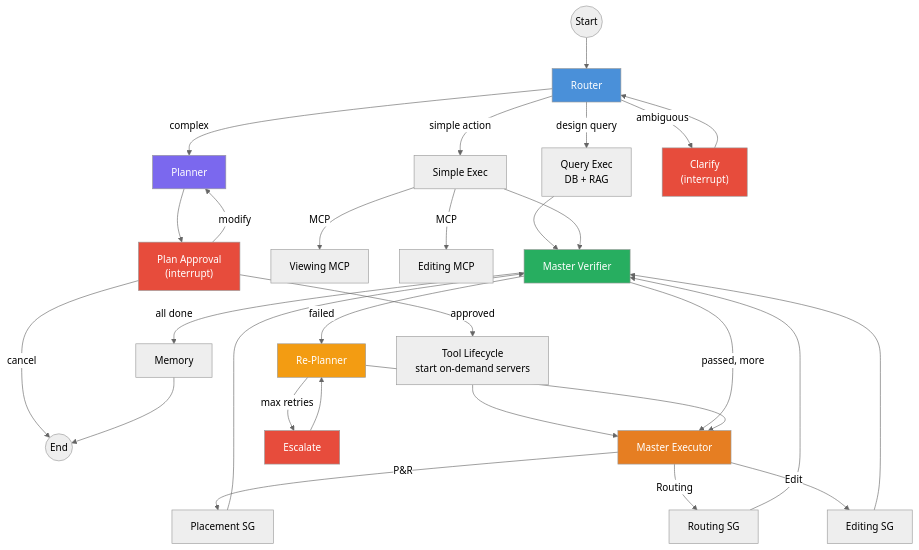
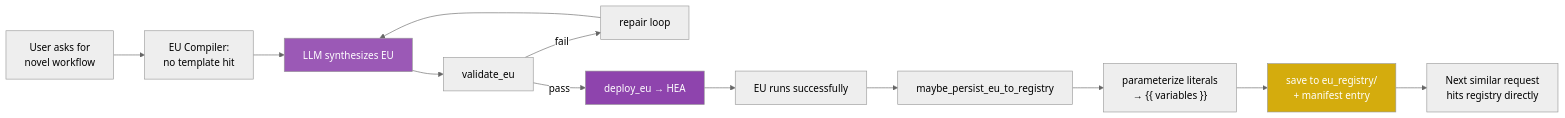
One commit to sandipanghosh81/programming changed the eighth of 11 diagrams in vlsi/docs/architecture.md. Above: the diagram before and after it, drawn with Mermaid (neutral theme). The commit also changed other lines of this file and 5 other files, not shown here.

````diff
--- a/vlsi/docs/architecture.md
+++ b/vlsi/docs/architecture.md
@@ -357,36 +927,18 @@
 ```mermaid
-graph TD
-    S(("Start")) --> R["Router"]
-    R -->|design query| QE["Query Exec<br/>DB + RAG"]
-    R -->|simple action| SE["Simple Exec"]
-    R -->|complex| PL["Planner"]
-    R -->|ambiguous| HC["Clarify<br/>(interrupt)"]
-    HC --> R
-    PL --> PA["Plan Approval<br/>(interrupt)"]
-    PA -->|approved| LC["Tool Lifecycle<br/>start on-demand servers"]
-    PA -->|modify| PL
-    PA -->|cancel| E((End))
-    LC --> MX["Master Executor"]
-    MX -->|P&R| PSG["Placement SG"]
-    MX -->|Routing| RSG["Routing SG"]
-    MX -->|Edit| ESG["Editing SG"]
-    SE -->|MCP| VMCP["Viewing MCP"]
-    SE -->|MCP| EMCP["Editing MCP"]
-    PSG & RSG & ESG & QE & SE --> MV["Master Verifier"]
-    MV -->|passed, more| MX
-    MV -->|all done| MEM["Memory"]
-    MV -->|failed| RP["Re-Planner"]
-    RP --> MX
-    RP -->|max retries| HE["Escalate"]
-    HE --> RP
-    MEM --> E
+flowchart LR
+    A["User asks for<br/>novel workflow"] --> B["EU Compiler:<br/>no template hit"]
+    B --> C["LLM synthesizes EU"]
+    C --> D["validate_eu"]
+    D -->|fail| E["repair loop"]
+    E --> C
+    D -->|pass| F["deploy_eu → HEA"]
+    F --> G["EU runs successfully"]
+    G --> H["maybe_persist_eu_to_registry"]
+    H --> I["parameterize literals<br/>→ {{ variables }}"]
+    I --> J["save to eu_registry/<br/>+ manifest entry"]
+    J --> K["Next similar request<br/>hits registry directly"]
 
-    style R fill:#4a90d9,color:#fff
-    style PL fill:#7b68ee,color:#fff
-    style MX fill:#e67e22,color:#fff
-    style MV fill:#27ae60,color:#fff
-    style RP fill:#f39c12,color:#fff
-    style HC fill:#e74c3c,color:#fff
-    style PA fill:#e74c3c,color:#fff
-    style HE fill:#e74c3c,color:#fff
+    style C fill:#9b59b6,color:#fff
+    style F fill:#8e44ad,color:#fff
+    style J fill:#d4ac0d,color:#fff
 ```
````
